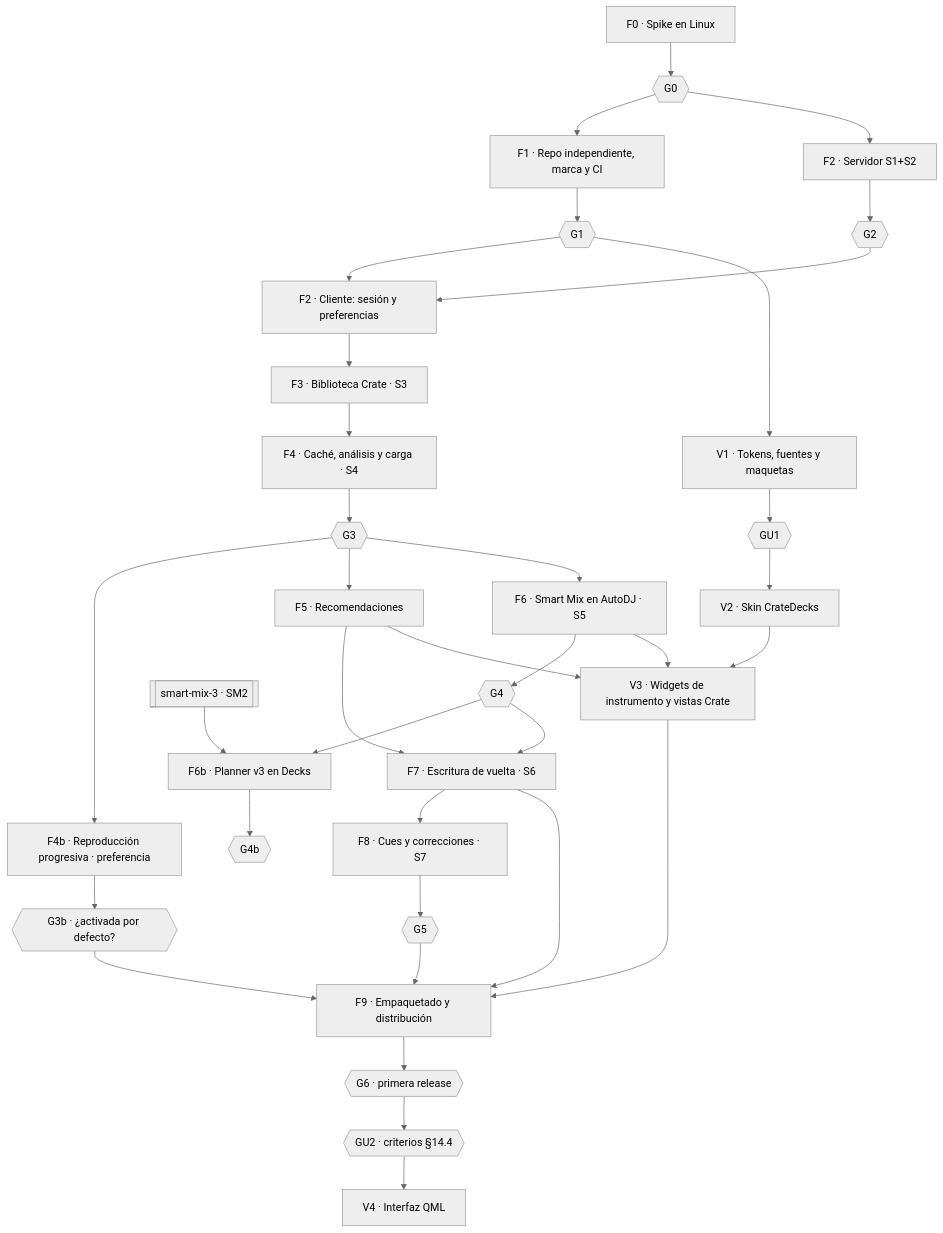
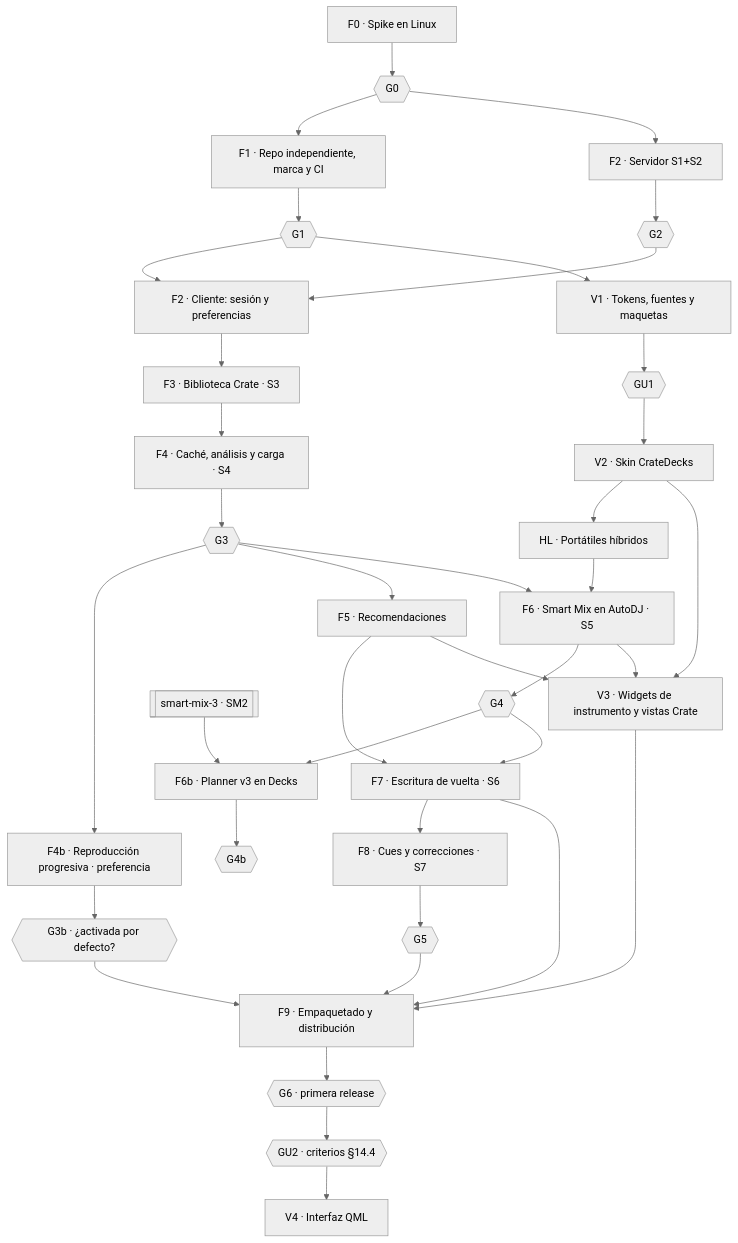
Before and after one commit to thecrateapp/crate-decks: the diagram in docs/plans/2026-11-02-crate-decks-implementation-plan.md, drawn with Mermaid (neutral theme). The commit also changed other lines of this file and 1 other file, not shown here.

Commit message:
docs(decks): record the hybrid laptop decisions
Diego decided the four open points of the hybrid laptop plan on
2026-11-15: the discrete GPU preference ships off by default, the system
check runs in the first start and from Preferences, the power limit
helper is shipped and offered (installed with pkexec only on consent),
and the work lands now as phase HL, before F6.

````diff
--- a/docs/plans/2026-11-02-crate-decks-implementation-plan.md
+++ b/docs/plans/2026-11-02-crate-decks-implementation-plan.md
@@ -83,38 +83,40 @@
 ```mermaid
 flowchart TD
   F0[F0 · Spike en Linux] --> G0{{G0}}
   G0 --> F1[F1 · Repo independiente, marca y CI]
   F1 --> G1{{G1}}
   G0 --> F2S[F2 · Servidor S1+S2]
   G1 --> F2C[F2 · Cliente: sesión y preferencias]
   F2S --> G2{{G2}}
   G2 --> F2C
   F2C --> F3[F3 · Biblioteca Crate · S3]
   F3 --> F4[F4 · Caché, análisis y carga · S4]
   F4 --> G3{{G3}}
   G3 --> F4b[F4b · Reproducción progresiva · preferencia]
   F4b --> G3b{{G3b · ¿activada por defecto?}}
   G3b --> F9
   G3 --> F5[F5 · Recomendaciones]
   G3 --> F6[F6 · Smart Mix en AutoDJ · S5]
+  V2 --> HL[HL · Portátiles híbridos]
+  HL --> F6
   F6 --> G4{{G4}}
   SM2[[smart-mix-3 · SM2]] --> F6b[F6b · Planner v3 en Decks]
   G4 --> F6b
   F6b --> G4b{{G4b}}
   F5 --> F7[F7 · Escritura de vuelta · S6]
   G4 --> F7
   F7 --> F8[F8 · Cues y correcciones · S7]
   F8 --> G5{{G5}}
   G5 --> F9[F9 · Empaquetado y distribución]
   F7 --> F9
   F9 --> G6{{G6 · primera release}}
   G1 --> V1[V1 · Tokens, fuentes y maquetas]
   V1 --> GU1{{GU1}}
   GU1 --> V2[V2 · Skin CrateDecks]
   V2 --> V3[V3 · Widgets de instrumento y vistas Crate]
   F5 --> V3
   F6 --> V3
   V3 --> F9
   G6 --> GU2{{GU2 · criterios §14.4}}
   GU2 --> V4[V4 · Interfaz QML]
 ```
````
